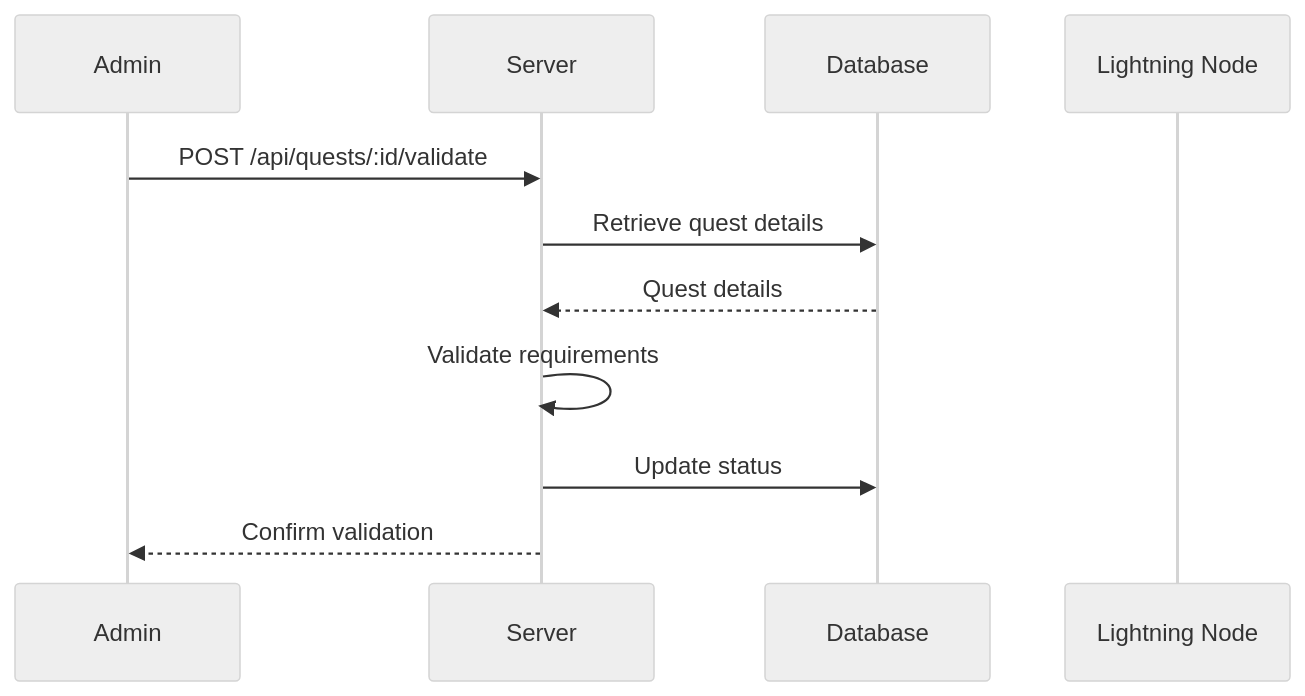
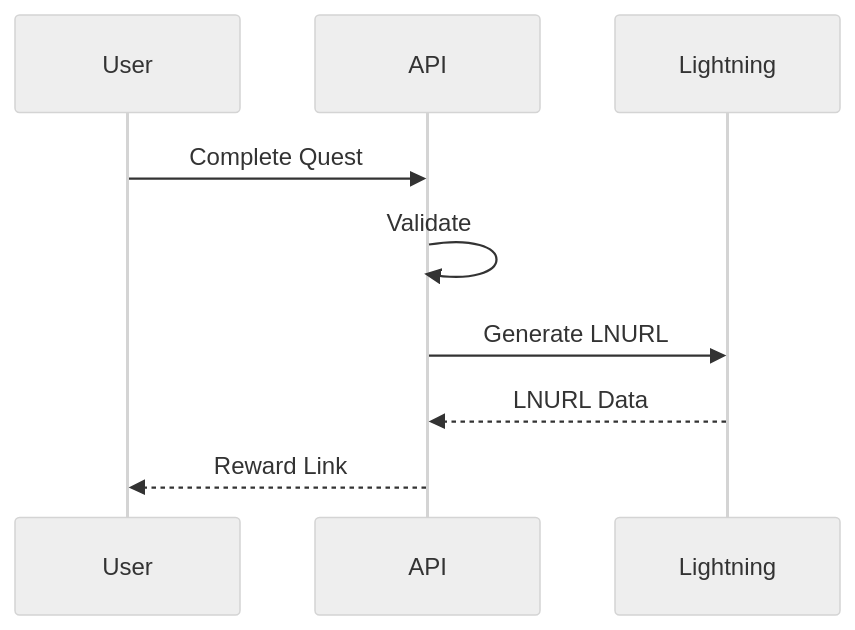
One commit to ElysiumLab/plan-b-tech-school-assignment changed the third of 3 diagrams in README.md. Above: the diagram before and after it, drawn with Mermaid (neutral theme). The commit also changed other lines of this file and 2 other files, not shown here.

````diff
--- a/README.md
+++ b/README.md
@@ -43,14 +107,12 @@
 ```mermaid
 sequenceDiagram
-    participant A as Admin
-    participant S as Server
-    participant DB as Database
-    participant LN as Lightning Node
-
-    A->>S: POST /api/quests/:id/validate
-    S->>DB: Retrieve quest details
-    DB-->>S: Quest details
-    S->>S: Validate requirements
-    S->>DB: Update status
-    S-->>A: Confirm validation
+    participant User
+    participant API
+    participant Lightning
+    
+    User->>API: Complete Quest
+    API->>API: Validate
+    API->>Lightning: Generate LNURL
+    Lightning-->>API: LNURL Data
+    API-->>User: Reward Link
 ```
````
